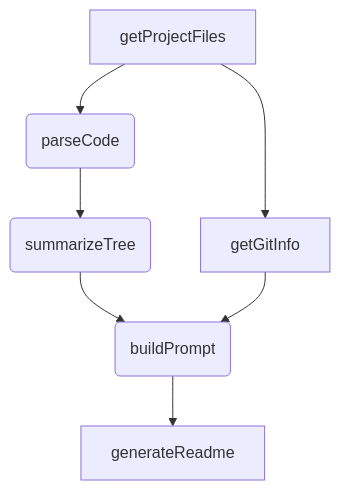
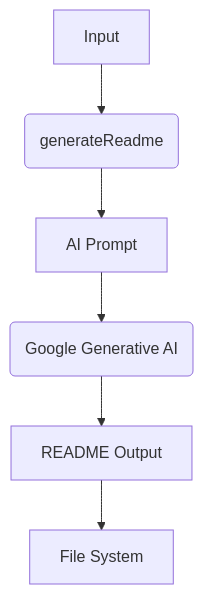
One commit to PIYUSH1SAINI/ReadMe-wiz changed the first of 2 diagrams in README.md. Above: the diagram before and after it, drawn with Mermaid. The commit also changed other lines of this file and 1 other file, not shown here.

Commit message:
IMPROVEMENT - Script section omitted if no usefull info present

````diff
--- a/README.md
+++ b/README.md
@@ -31,9 +30,8 @@
 ```mermaid
 graph TD
-    A[getProjectFiles] --> B(parseCode);
-    B --> C(summarizeTree);
-    C --> D(buildPrompt);
-    D --> E[generateReadme];
-    A --> F[getGitInfo];
-    F --> D;
+    A[Input] --> B(generateReadme);
+    B --> C[AI Prompt];
+    C --> D(Google Generative AI);
+    D --> E[README Output];
+    E --> F[File System];
 ```
````
